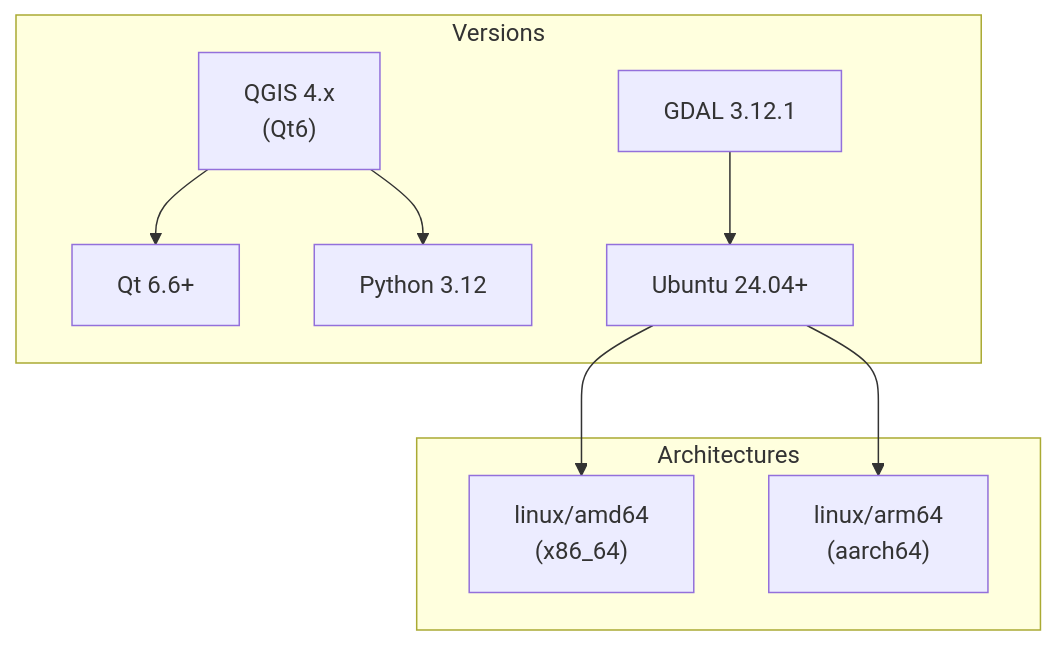
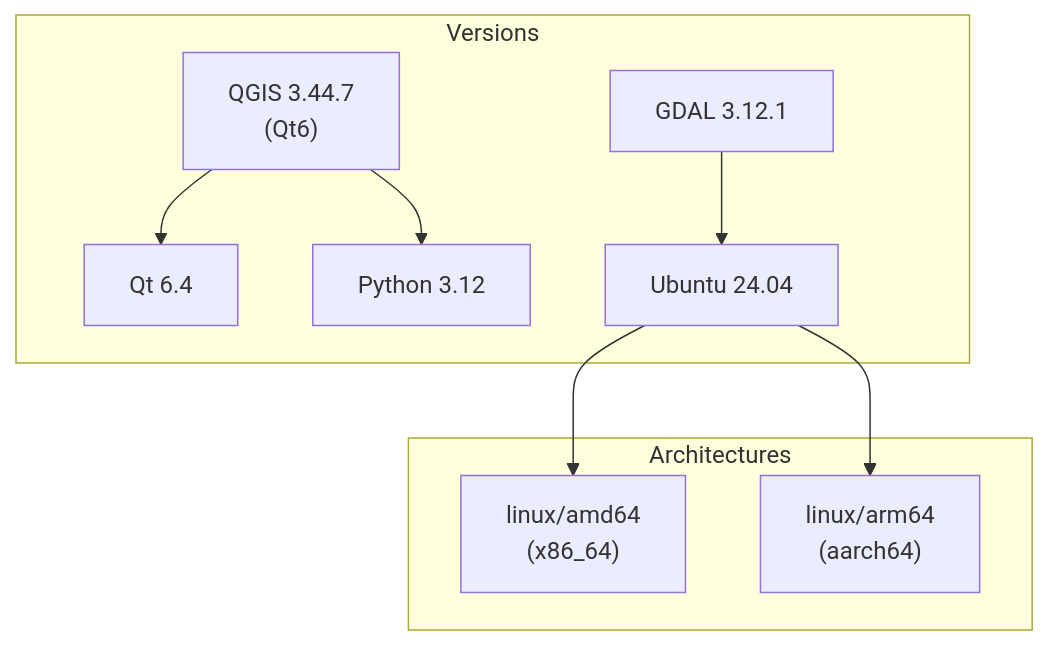
The first of 7 diagrams in ARCHITECTURE.md (walkthru-earth/qgis-server), drawn with Mermaid before and after one commit. The commit also changed other lines of this file and 3 other files, not shown here.

````diff
--- a/ARCHITECTURE.md
+++ b/ARCHITECTURE.md
@@ -40,21 +40,21 @@
 ```mermaid
 graph TB
     subgraph "Versions"
-        QGIS["QGIS 4.x<br/>(Qt6)"]
-        QT["Qt 6.6+"]
+        QGIS["QGIS 3.44.7<br/>(Qt6)"]
+        QT["Qt 6.4"]
         PYTHON["Python 3.12"]
         GDAL["GDAL 3.12.1"]
-        UBUNTU["Ubuntu 24.04+"]
+        UBUNTU["Ubuntu 24.04"]
     end
 
     subgraph "Architectures"
         AMD["linux/amd64<br/>(x86_64)"]
         ARM["linux/arm64<br/>(aarch64)"]
     end
 
     QGIS --> QT
     QGIS --> PYTHON
     GDAL --> UBUNTU
     UBUNTU --> AMD
     UBUNTU --> ARM
 ```
````
